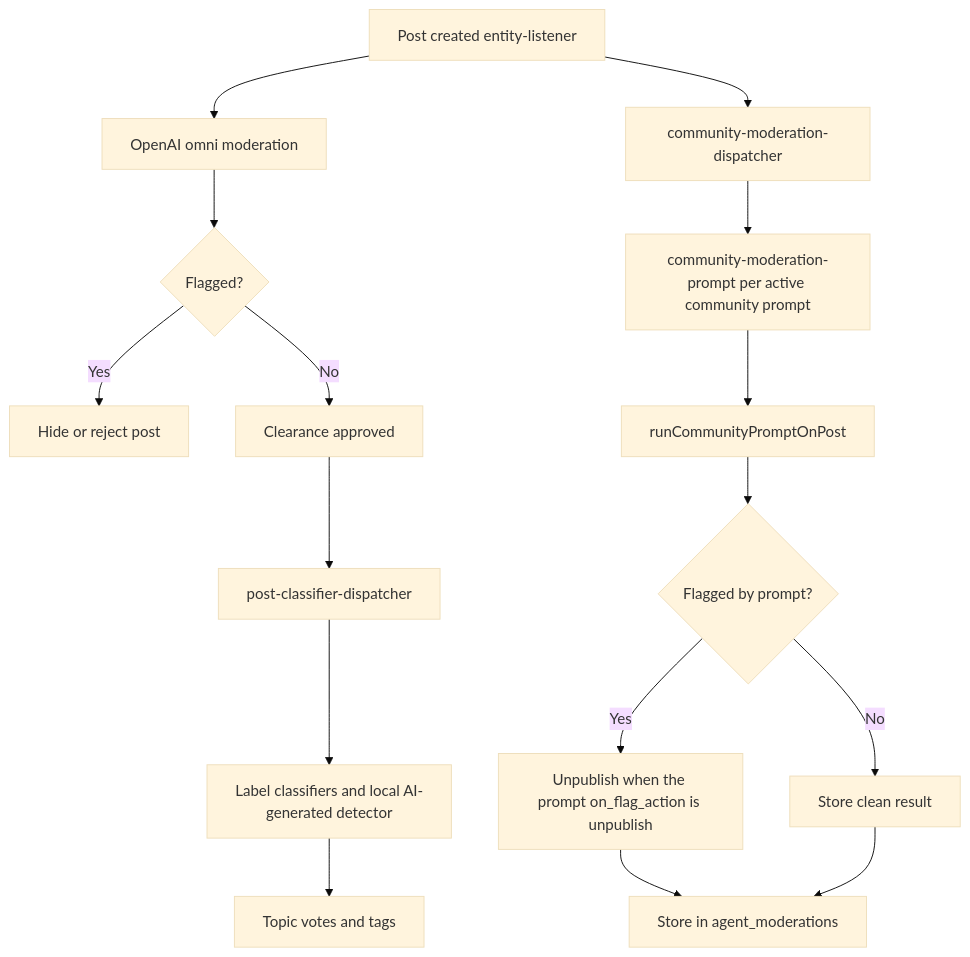
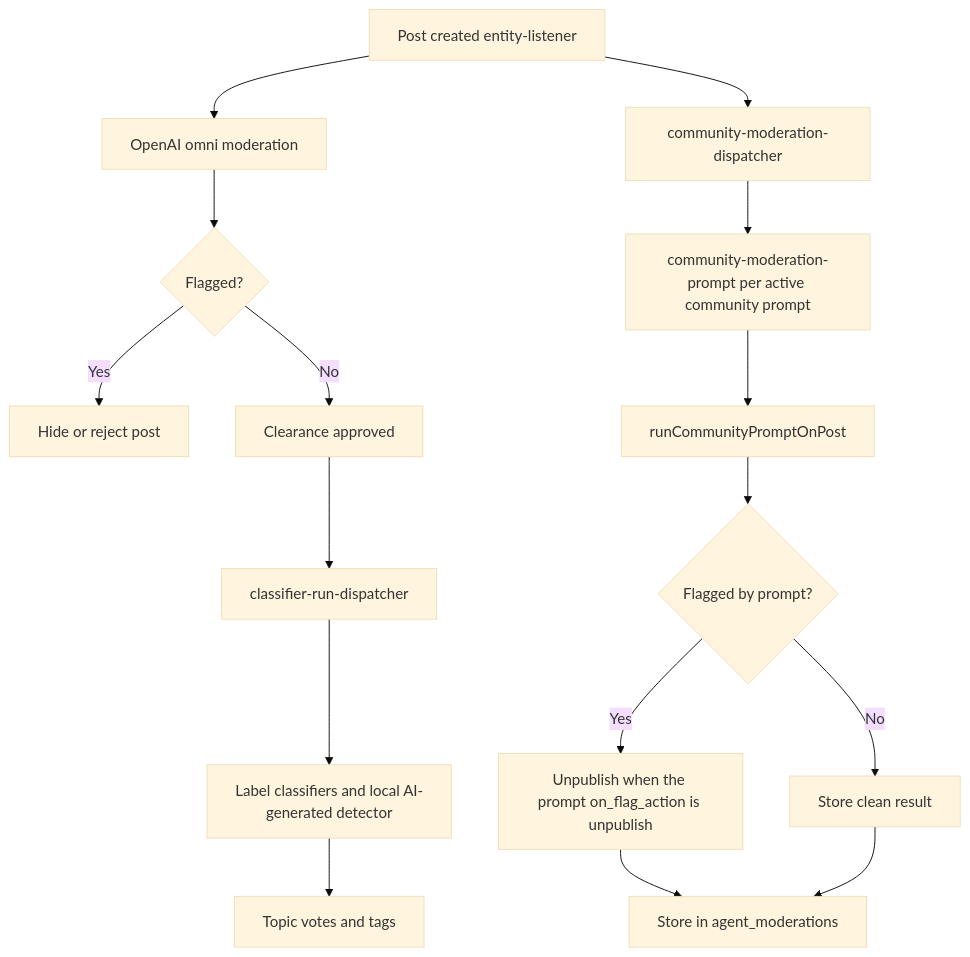
One commit to vouchington/vouchington changed the diagram in docs/overview/architecture/reference-ai-agents-content-moderation-pipeline.md. Above: the diagram before and after it, drawn with Mermaid (base theme). The commit also changed 9 other files, not shown here.

````diff
--- a/docs/overview/architecture/reference-ai-agents-content-moderation-pipeline.md
+++ b/docs/overview/architecture/reference-ai-agents-content-moderation-pipeline.md
@@ -9,18 +9,18 @@
 ```mermaid
 flowchart TD
   post[Post created entity-listener] --> omni[OpenAI omni moderation]
   omni --> flagged{Flagged?}
   flagged -- Yes --> hidden[Hide or reject post]
   flagged -- No --> approved[Clearance approved]
-  approved --> classifier[post-classifier-dispatcher]
+  approved --> classifier[classifier-run-dispatcher]
   classifier --> labels[Label classifiers and local AI-generated detector]
   labels --> effects[Topic votes and tags]
   post --> community[community-moderation-dispatcher]
   community --> prompt[community-moderation-prompt per active community prompt]
   prompt --> run[runCommunityPromptOnPost]
   run --> action{Flagged by prompt?}
   action -- Yes --> review[Unpublish when the prompt on_flag_action is unpublish]
   action -- No --> clean[Store clean result]
   review --> stored[Store in agent_moderations]
   clean --> stored
 ```
````
